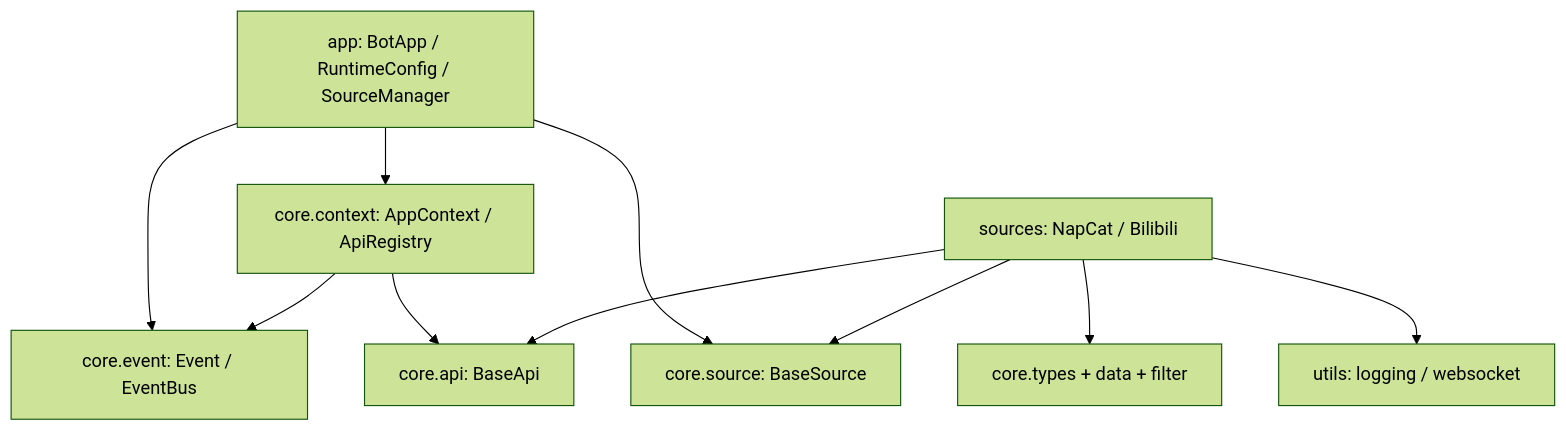
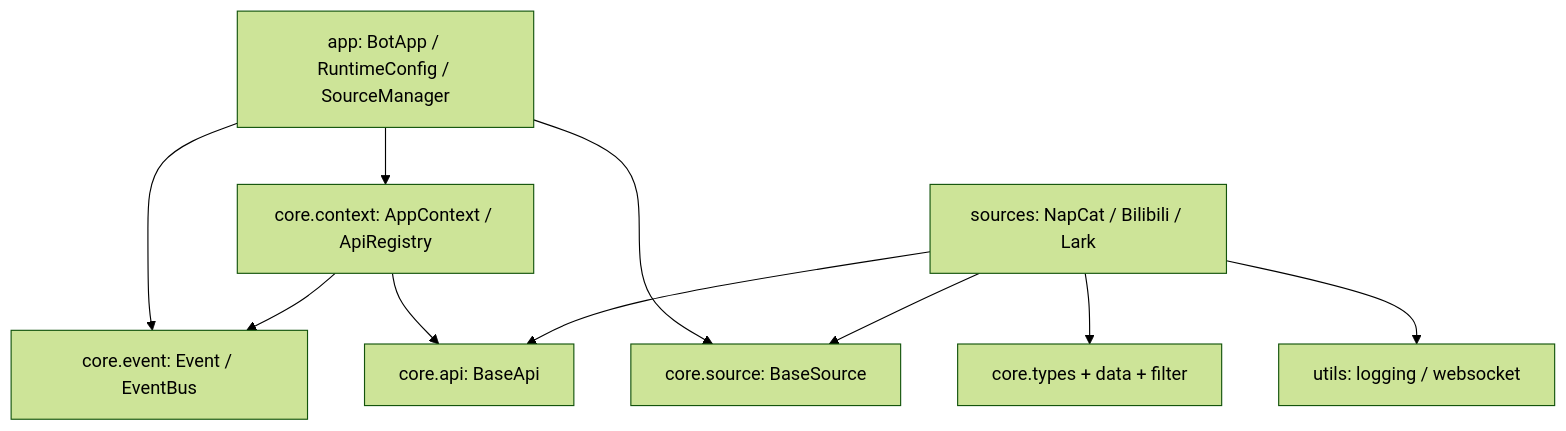
Before and after one commit to GEYUANwuqi/bilipy_bot: the diagram in docs/architecture/README.md, drawn with Mermaid (forest theme). The commit also changed other lines of this file and 91 other files, not shown here.

````diff
--- a/docs/architecture/README.md
+++ b/docs/architecture/README.md
@@ -11,21 +13,21 @@
 ```mermaid
 flowchart TB
   APP[app: BotApp / RuntimeConfig / SourceManager]
   CTX[core.context: AppContext / ApiRegistry]
   EVT[core.event: Event / EventBus]
   SRC[core.source: BaseSource]
   API[core.api: BaseApi]
   TYPE[core.types + data + filter]
-  BUILTIN[sources: NapCat / Bilibili]
+  BUILTIN[sources: NapCat / Bilibili / Lark]
   UTIL[utils: logging / websocket]
 
   APP --> CTX
   APP --> EVT
   APP --> SRC
   CTX --> EVT
   CTX --> API
   BUILTIN --> SRC
   BUILTIN --> API
   BUILTIN --> TYPE
   BUILTIN --> UTIL
 ```
````
